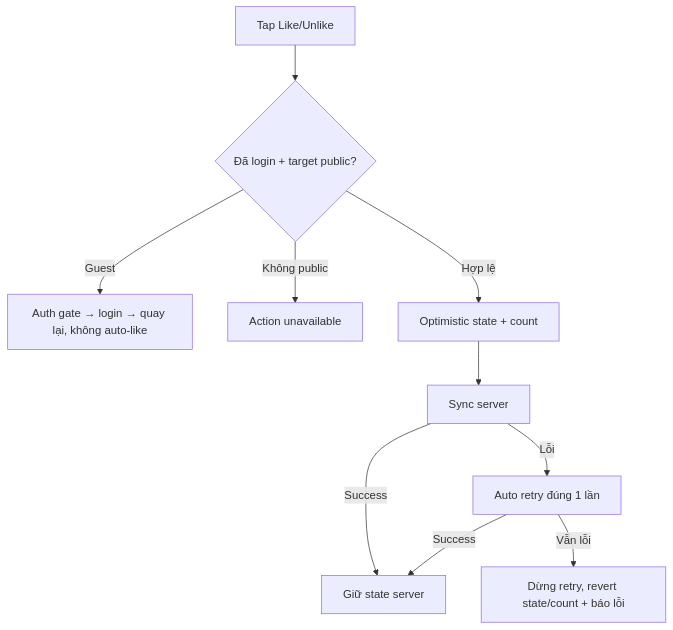
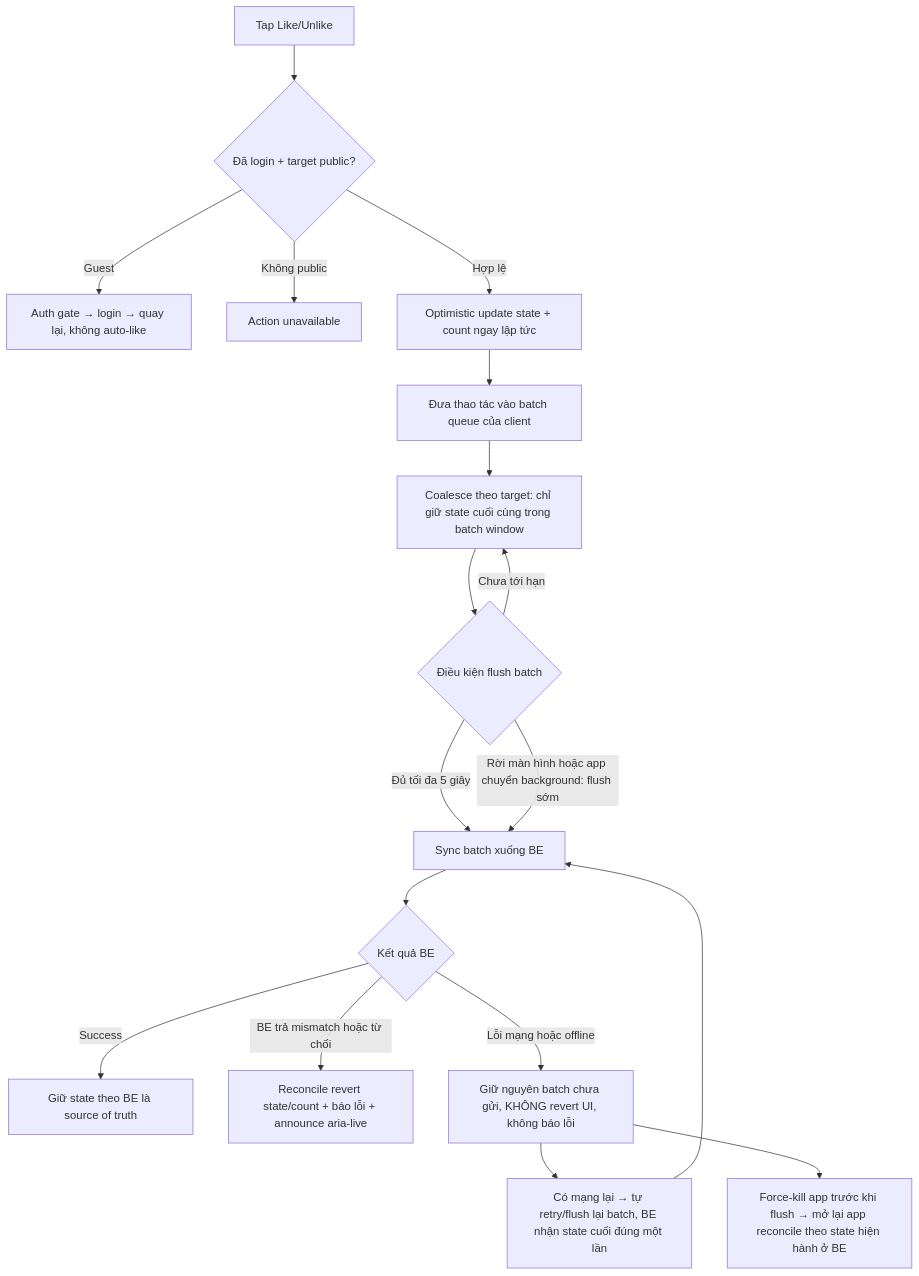
One commit to TanUIUX/MyTV-Comment changed the diagram in EP02_TUONG_TAC_CONG_DONG/US07_USER_FLOW.md. Above: the diagram before and after it, drawn with Mermaid. The commit also changed other lines of this file and 15 other files, not shown here.

````diff
--- a/EP02_TUONG_TAC_CONG_DONG/US07_USER_FLOW.md
+++ b/EP02_TUONG_TAC_CONG_DONG/US07_USER_FLOW.md
@@ -7,12 +7,20 @@
 ```mermaid
 flowchart TD
- A[Tap Like/Unlike] --> B{Đã login + target public?}
- B -->|Guest| C[Auth gate → login → quay lại, không auto-like]
- B -->|Không public| D[Action unavailable]
- B -->|Hợp lệ| E[Optimistic state + count]
- E --> F[Sync server]
- F -->|Success| G[Giữ state server]
- F -->|Lỗi| H[Auto retry đúng 1 lần]
- H -->|Success| G
- H -->|Vẫn lỗi| I[Dừng retry, revert state/count + báo lỗi]
+ A["Tap Like/Unlike"] --> B{"Đã login + target public?"}
+ B -->|Guest| C["Auth gate → login → quay lại, không auto-like"]
+ B -->|"Không public"| D["Action unavailable"]
+ B -->|"Hợp lệ"| E["Optimistic update state + count ngay lập tức"]
+ E --> F["Đưa thao tác vào batch queue của client"]
+ F --> G["Coalesce theo target: chỉ giữ state cuối cùng trong batch window"]
+ G --> H{"Điều kiện flush batch"}
+ H -->|"Chưa tới hạn"| G
+ H -->|"Đủ tối đa 5 giây"| I["Sync batch xuống BE"]
+ H -->|"Rời màn hình hoặc app chuyển background: flush sớm"| I
+ I --> J{"Kết quả BE"}
+ J -->|"Success"| K["Giữ state theo BE là source of truth"]
+ J -->|"BE trả mismatch hoặc từ chối"| L["Reconcile revert state/count + báo lỗi + announce aria-live"]
+ J -->|"Lỗi mạng hoặc offline"| M["Giữ nguyên batch chưa gửi, KHÔNG revert UI, không báo lỗi"]
+ M --> N["Có mạng lại → tự retry/flush lại batch, BE nhận state cuối đúng một lần"]
+ N --> I
+ M --> O["Force-kill app trước khi flush → mở lại app reconcile theo state hiện hành ở BE"]
 ```
````
